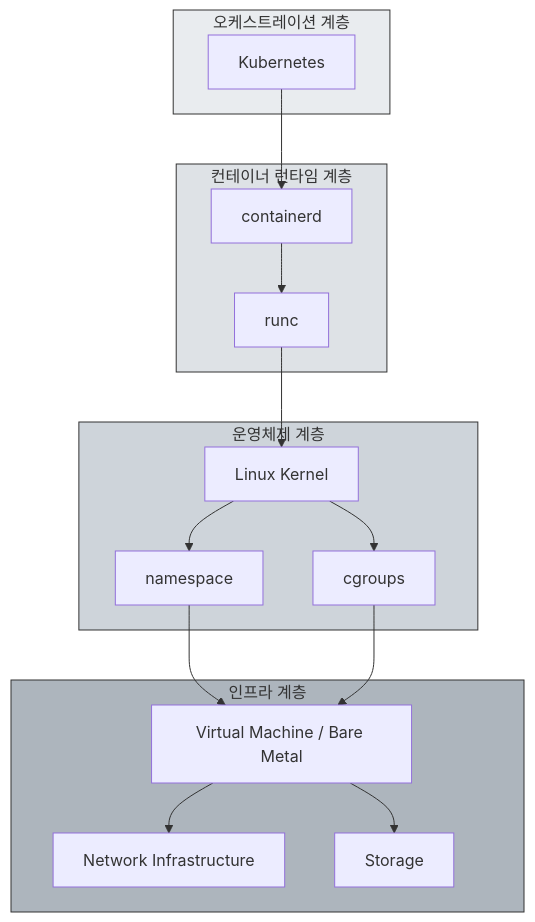
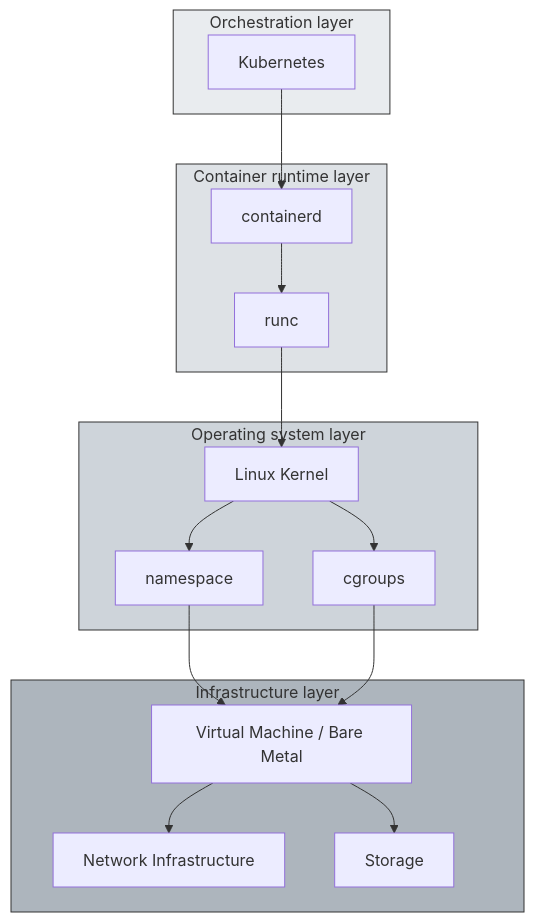
One commit to doxxx93/doxxx.dev changed the first of 9 diagrams in i18n/en/docusaurus-plugin-content-blog/blog/2026-01-05/the-weight-of-kubernetes-installation.md. Above: the diagram before and after it, drawn with Mermaid. The commit also changed other lines of this file and 6 other files, not shown here.

````diff
--- a/i18n/en/docusaurus-plugin-content-blog/blog/2026-01-05/the-weight-of-kubernetes-installation.md
+++ b/i18n/en/docusaurus-plugin-content-blog/blog/2026-01-05/the-weight-of-kubernetes-installation.md
@@ -31,38 +31,38 @@
 ```mermaid
 graph TB
-    subgraph Orchestration["오케스트레이션 계층"]
+    subgraph Orchestration["Orchestration layer"]
         K8s[Kubernetes]
     end
 
-    subgraph Runtime["컨테이너 런타임 계층"]
+    subgraph Runtime["Container runtime layer"]
         containerd
         runc
     end
 
-    subgraph OS["운영체제 계층"]
+    subgraph OS["Operating system layer"]
         Linux["Linux Kernel"]
         NS["namespace"]
         CG["cgroups"]
     end
 
-    subgraph Infra["인프라 계층"]
+    subgraph Infra["Infrastructure layer"]
         VM["Virtual Machine / Bare Metal"]
         Network["Network Infrastructure"]
         Storage["Storage"]
     end
 
     K8s --> containerd
     containerd --> runc
     runc --> Linux
     Linux --> NS
     Linux --> CG
     NS --> VM
     CG --> VM
     VM --> Network
     VM --> Storage
 
     style Orchestration fill:#e9ecef,stroke:#333
     style Runtime fill:#dee2e6,stroke:#333
     style OS fill:#ced4da,stroke:#333
     style Infra fill:#adb5bd,stroke:#333
 ```
````
